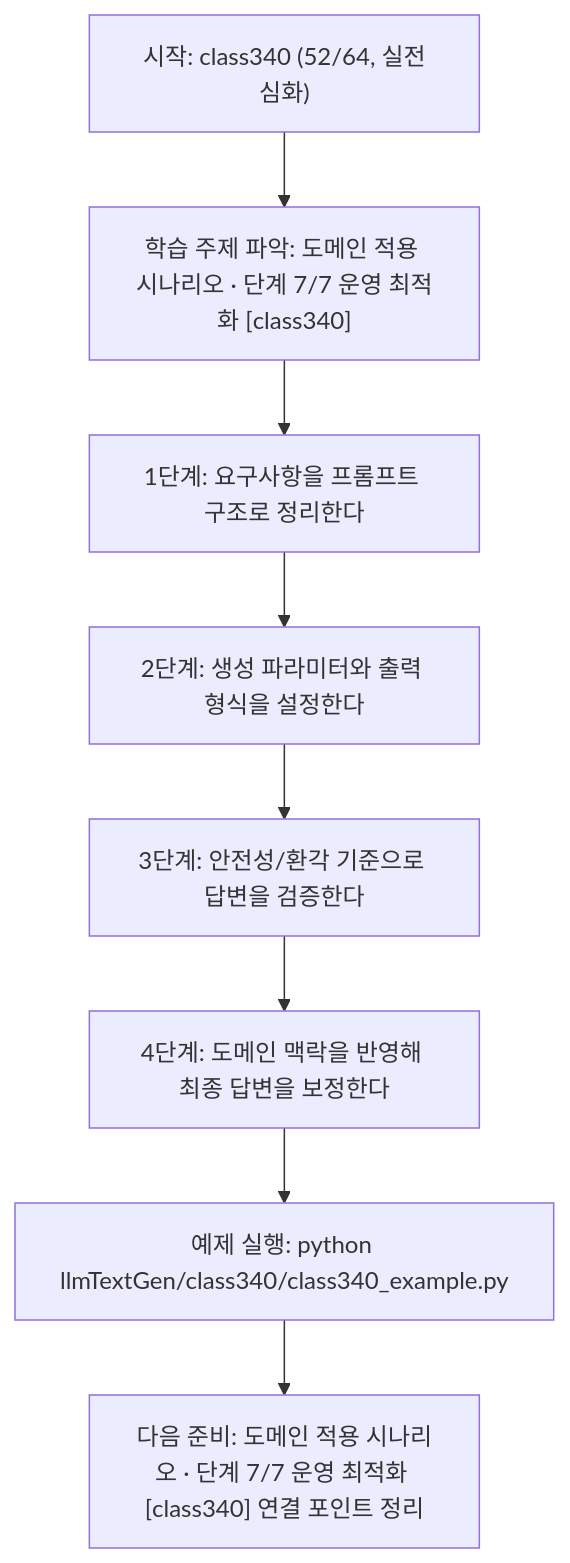
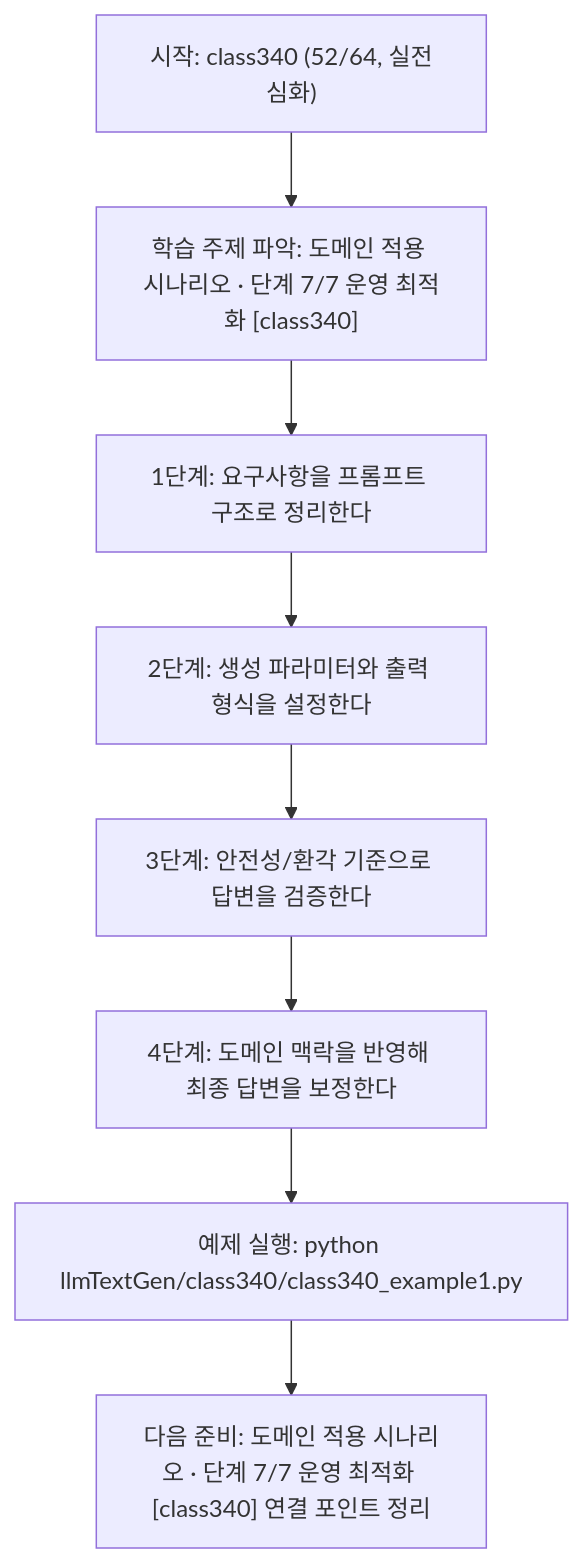
The diagram in llmTextGen/class340/class340.md (edumgt/Python-AI_Agent-Class), drawn with Mermaid before and after one commit. The commit also changed other lines of this file and 2959 other files, not shown here.

````diff
--- a/llmTextGen/class340/class340.md
+++ b/llmTextGen/class340/class340.md
@@ -114,18 +114,18 @@
 ```mermaid
 flowchart TD
 N1["시작: class340 (52/64, 실전심화)"]
 N2["학습 주제 파악: 도메인 적용 시나리오 · 단계 7/7 운영 최적화 [class340]"]
 N3["1단계: 요구사항을 프롬프트 구조로 정리한다"]
 N4["2단계: 생성 파라미터와 출력 형식을 설정한다"]
 N5["3단계: 안전성/환각 기준으로 답변을 검증한다"]
 N6["4단계: 도메인 맥락을 반영해 최종 답변을 보정한다"]
-N7["예제 실행: python llmTextGen/class340/class340_example.py"]
+N7["예제 실행: python llmTextGen/class340/class340_example1.py"]
 N8["다음 준비: 도메인 적용 시나리오 · 단계 7/7 운영 최적화 [class340] 연결 포인트 정리"]
 N1 --> N2
 N2 --> N3
 N3 --> N4
 N4 --> N5
 N5 --> N6
 N6 --> N7
 N7 --> N8
 ```
````
